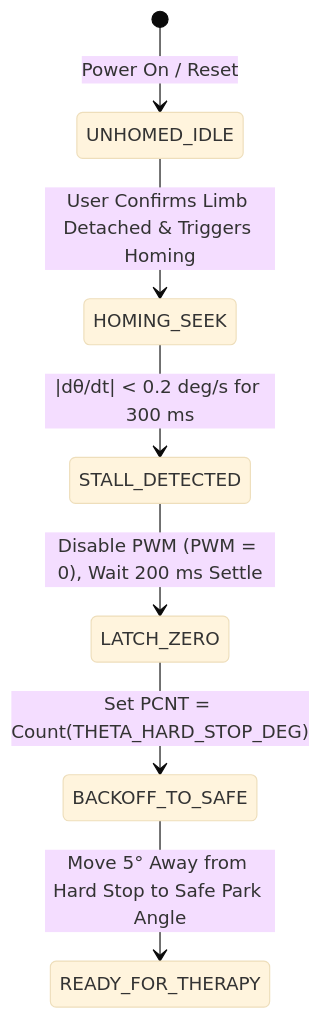
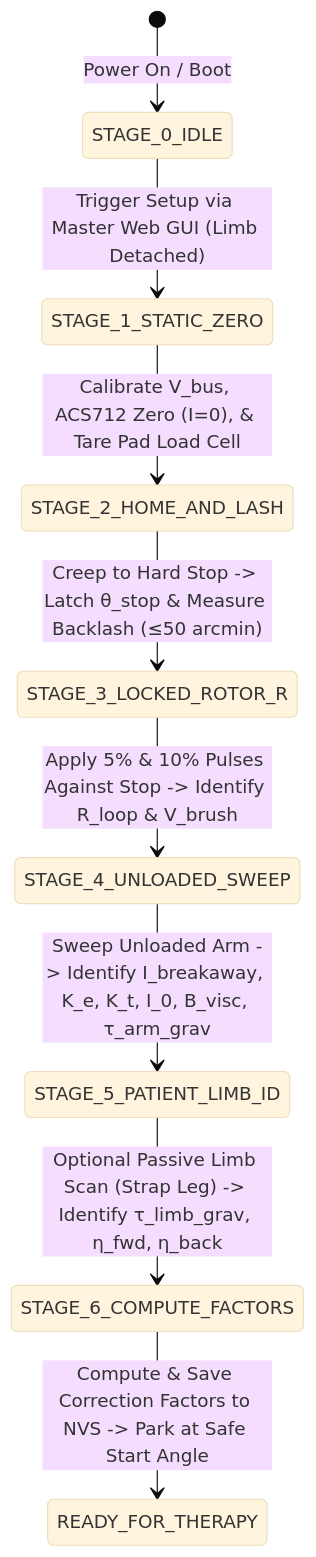
Before and after one commit to Kanishk-Goel-19/DP_DULLA: the third of 6 diagrams in README.md, drawn with Mermaid (base theme). The commit also changed other lines of this file and 1 other file, not shown here.

````diff
--- a/README.md
+++ b/README.md
@@ -228,9 +331,11 @@
 ```mermaid
 stateDiagram-v2
-    [*] --> UNHOMED_IDLE : Power On / Reset
-    UNHOMED_IDLE --> HOMING_SEEK : User Confirms Limb Detached & Triggers Homing
-    HOMING_SEEK --> STALL_DETECTED : |dθ/dt| < 0.2 deg/s for 300 ms
-    STALL_DETECTED --> LATCH_ZERO : Disable PWM (PWM = 0), Wait 200 ms Settle
-    LATCH_ZERO --> BACKOFF_TO_SAFE : Set PCNT = Count(THETA_HARD_STOP_DEG)
-    BACKOFF_TO_SAFE --> READY_FOR_THERAPY : Move 5° Away from Hard Stop to Safe Park Angle
+    [*] --> STAGE_0_IDLE : Power On / Boot
+    STAGE_0_IDLE --> STAGE_1_STATIC_ZERO : Trigger Setup via Master Web GUI (Limb Detached)
+    STAGE_1_STATIC_ZERO --> STAGE_2_HOME_AND_LASH : Calibrate V_bus, ACS712 Zero (I=0), & Tare Pad Load Cell
+    STAGE_2_HOME_AND_LASH --> STAGE_3_LOCKED_ROTOR_R : Creep to Hard Stop -> Latch θ_stop & Measure Backlash (≤50 arcmin)
+    STAGE_3_LOCKED_ROTOR_R --> STAGE_4_UNLOADED_SWEEP : Apply 5% & 10% Pulses Against Stop -> Identify R_loop & V_brush
+    STAGE_4_UNLOADED_SWEEP --> STAGE_5_PATIENT_LIMB_ID : Sweep Unloaded Arm -> Identify I_breakaway, K_e, K_t, I_0, B_visc, τ_arm_grav
+    STAGE_5_PATIENT_LIMB_ID --> STAGE_6_COMPUTE_FACTORS : Optional Passive Limb Scan (Strap Leg) -> Identify τ_limb_grav, η_fwd, η_back
+    STAGE_6_COMPUTE_FACTORS --> READY_FOR_THERAPY : Compute & Save Correction Factors to NVS -> Park at Safe Start Angle
 ```
````
